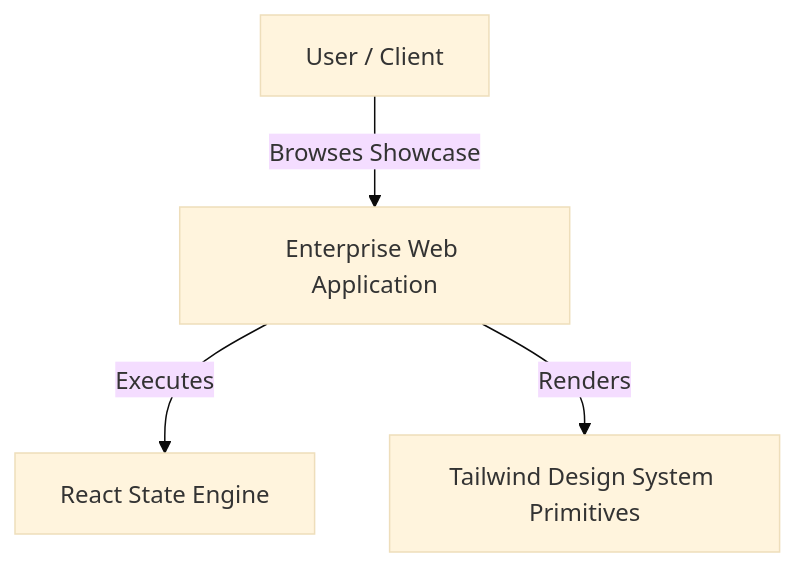
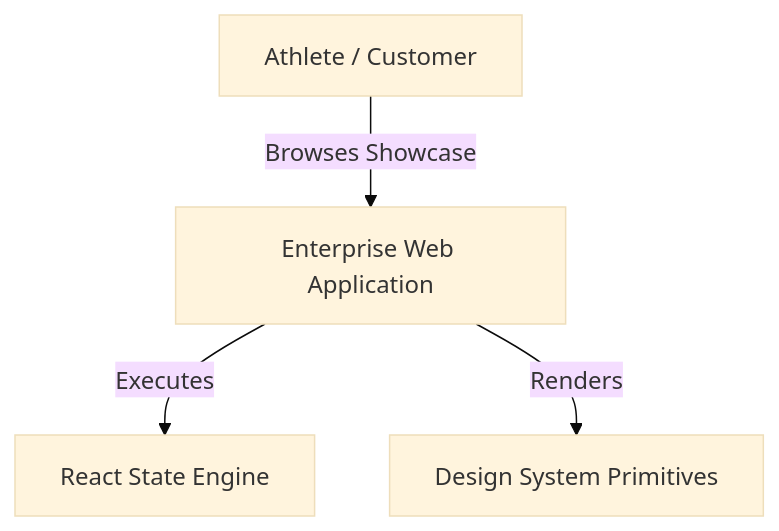
The diagram in ARCHITECTURE.md (calin-m/NGX-Admin-React-Tailwind-Conversion), drawn with Mermaid (base theme) before and after one commit. The commit also changed other lines of this file and 16 other files, not shown here.

````diff
--- a/ARCHITECTURE.md
+++ b/ARCHITECTURE.md
@@ -9,6 +9,6 @@
 ```mermaid
 graph TD
-    User["User / Client"] --> |Browses Showcase| WebApp["Enterprise Web Application"]
+    User["Athlete / Customer"] --> |Browses Showcase| WebApp["Enterprise Web Application"]
     WebApp --> |Executes| ClientState["React State Engine"]
-    WebApp --> |Renders| UIPrimitives["Tailwind Design System Primitives"]
+    WebApp --> |Renders| UIPrimitives["Design System Primitives"]
 ```
````
